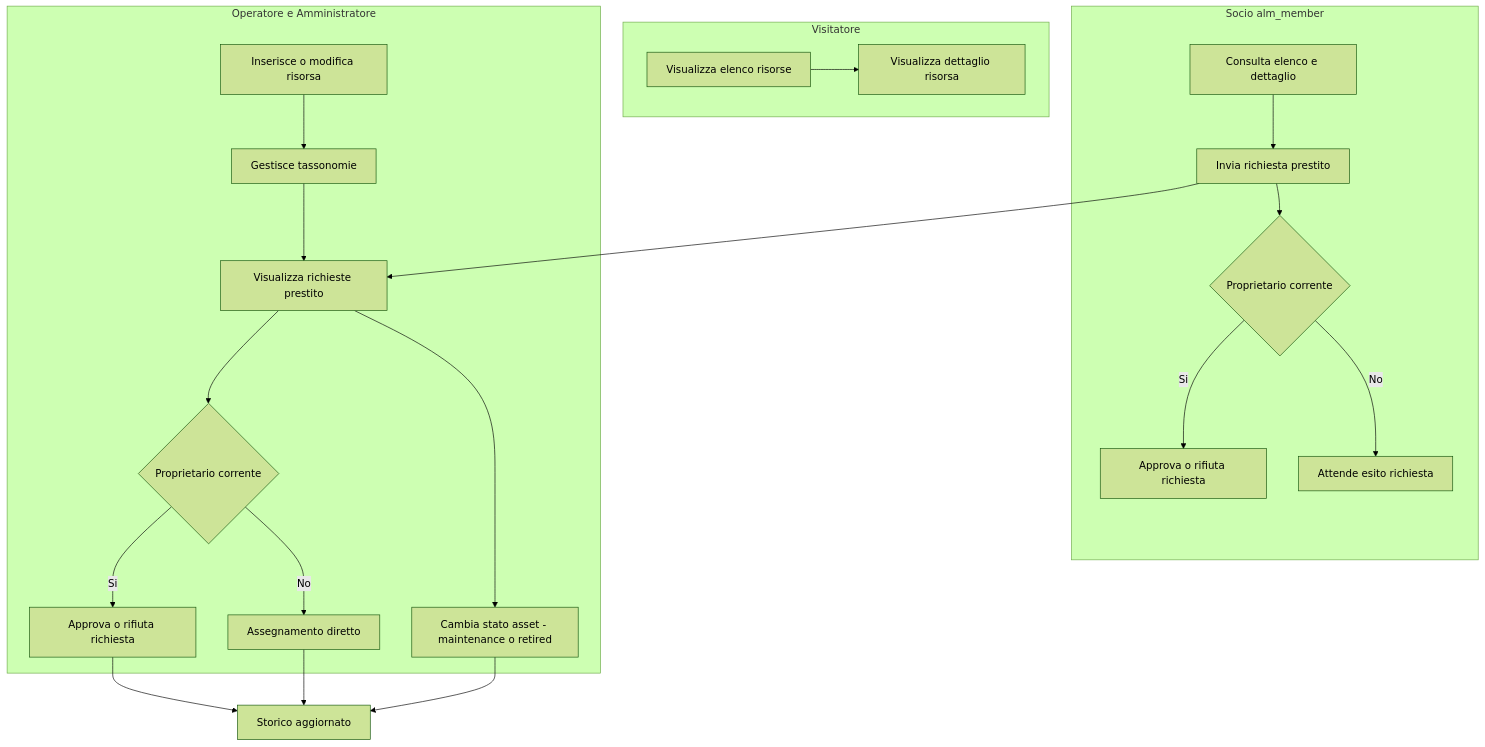
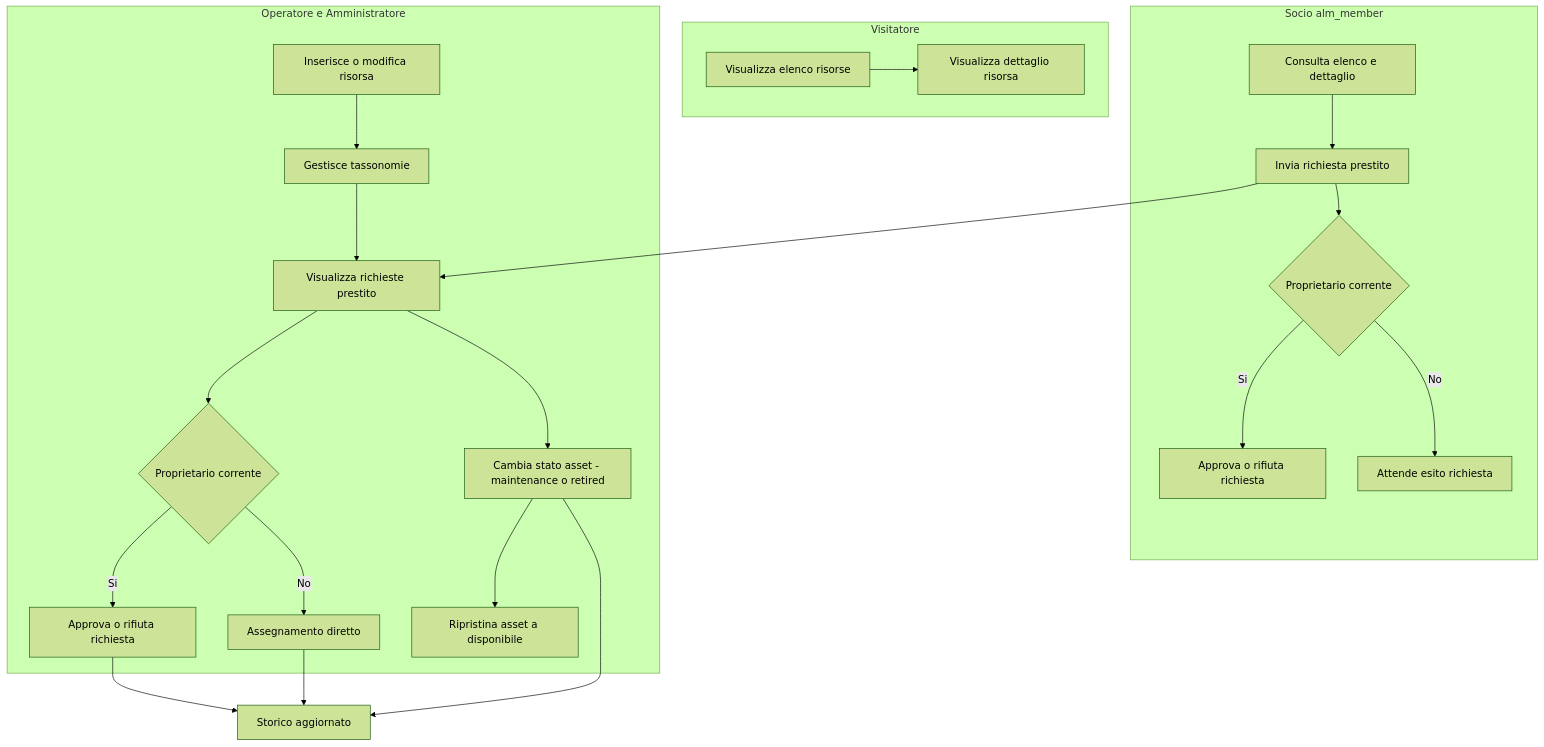
Before and after one commit to ilclaudio/asset-lending-manager: the diagram in DOC/SchemaAzioniSwimlane.md, drawn with Mermaid (forest theme). The commit also changed 20 other files, not shown here.

````diff
--- a/DOC/SchemaAzioniSwimlane.md
+++ b/DOC/SchemaAzioniSwimlane.md
@@ -5,37 +5,39 @@
 ```mermaid
 flowchart TB
   subgraph L1[Visitatore]
     V1[Visualizza elenco risorse]
     V2[Visualizza dettaglio risorsa]
     V1 --> V2
   end
 
   subgraph L2[Socio alm_member]
     S1[Consulta elenco e dettaglio]
     S2[Invia richiesta prestito]
     S3{Proprietario corrente}
     S4[Approva o rifiuta richiesta]
     S1 --> S2 --> S3
     S3 -- Si --> S4
     S3 -- No --> S5[Attende esito richiesta]
   end
 
   subgraph L3[Operatore e Amministratore]
     O1[Inserisce o modifica risorsa]
     O2[Gestisce tassonomie]
     O3[Visualizza richieste prestito]
     O4{Proprietario corrente}
     O5[Approva o rifiuta richiesta]
     O6[Assegnamento diretto]
     O7[Cambia stato asset - maintenance o retired]
+    O8[Ripristina asset a disponibile]
     O1 --> O2 --> O3 --> O4
     O4 -- Si --> O5
     O4 -- No --> O6
     O3 --> O7
+    O7 --> O8
   end
 
   S2 --> O3
   O5 --> H1[Storico aggiornato]
   O6 --> H1
   O7 --> H1
 ```
````
